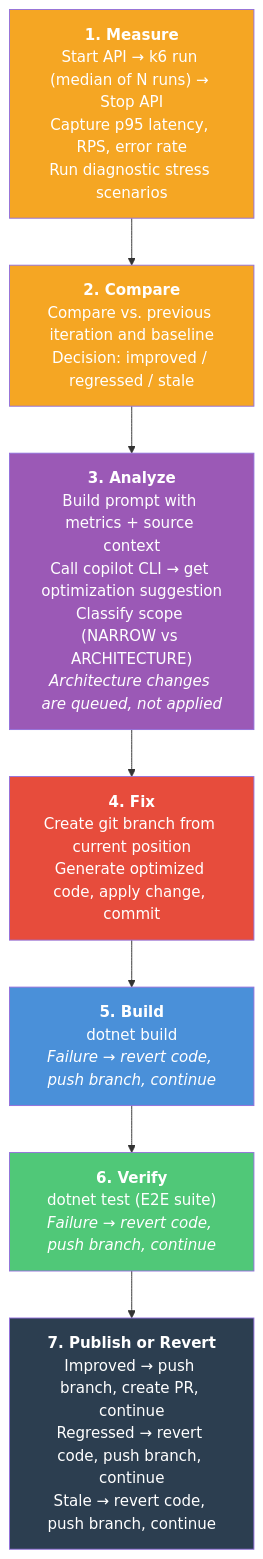
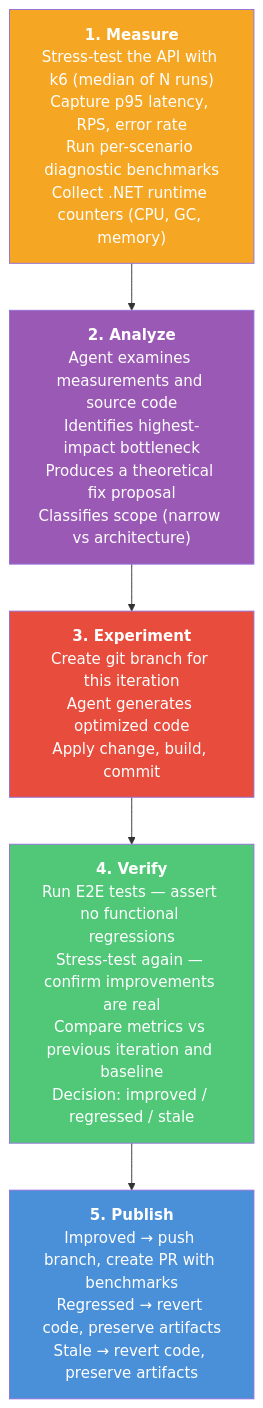
Before and after one commit to J-Bax/Hone: the first of 2 diagrams in docs/architecture.md, drawn with Mermaid. The commit also changed other lines of this file and 1 other file, not shown here.

Commit message:
docs: redesign loop as 5-phase model (MeasureAnalyzeExperimentVerifyPublish)
Cleaner conceptual model:
- Measure: stress-test with k6, capture metrics
- Analyze: agent examines measurements + source, proposes fix
- Experiment: implement the theoretical fix on a branch
- Verify: E2E tests (functional) + stress-test again (performance)
- Publish: structure artifacts, create PR or revert

````diff
--- a/docs/architecture.md
+++ b/docs/architecture.md
@@ -25,20 +25,16 @@
 ```mermaid
 flowchart TD
-    MEASURE["<b>1. Measure</b><br/>Start API → k6 run (median of N runs) → Stop API<br/>Capture p95 latency, RPS, error rate<br/>Run diagnostic stress scenarios"]
-    COMPARE["<b>2. Compare</b><br/>Compare vs. previous iteration and baseline<br/>Decision: improved / regressed / stale"]
-    ANALYZE["<b>3. Analyze</b><br/>Build prompt with metrics + source context<br/>Call copilot CLI → get optimization suggestion<br/>Classify scope (NARROW vs ARCHITECTURE)<br/><i>Architecture changes are queued, not applied</i>"]
-    FIX["<b>4. Fix</b><br/>Create git branch from current position<br/>Generate optimized code, apply change, commit"]
-    BUILD["<b>5. Build</b><br/>dotnet build<br/><i>Failure → revert code, push branch, continue</i>"]
-    VERIFY["<b>6. Verify</b><br/>dotnet test (E2E suite)<br/><i>Failure → revert code, push branch, continue</i>"]
-    PUBLISH["<b>7. Publish or Revert</b><br/>Improved → push branch, create PR, continue<br/>Regressed → revert code, push branch, continue<br/>Stale → revert code, push branch, continue"]
+    MEASURE["<b>1. Measure</b><br/>Stress-test the API with k6 (median of N runs)<br/>Capture p95 latency, RPS, error rate<br/>Run per-scenario diagnostic benchmarks<br/>Collect .NET runtime counters (CPU, GC, memory)"]
+    ANALYZE["<b>2. Analyze</b><br/>Agent examines measurements and source code<br/>Identifies highest-impact bottleneck<br/>Produces a theoretical fix proposal<br/>Classifies scope (narrow vs architecture)"]
+    EXPERIMENT["<b>3. Experiment</b><br/>Create git branch for this iteration<br/>Agent generates optimized code<br/>Apply change, build, commit"]
+    VERIFY["<b>4. Verify</b><br/>Run E2E tests — assert no functional regressions<br/>Stress-test again — confirm improvements are real<br/>Compare metrics vs previous iteration and baseline<br/>Decision: improved / regressed / stale"]
+    PUBLISH["<b>5. Publish</b><br/>Improved → push branch, create PR with benchmarks<br/>Regressed → revert code, preserve artifacts<br/>Stale → revert code, preserve artifacts"]
 
-    MEASURE --> COMPARE --> ANALYZE --> FIX --> BUILD --> VERIFY --> PUBLISH
+    MEASURE --> ANALYZE --> EXPERIMENT --> VERIFY --> PUBLISH
 
     style MEASURE fill:#f5a623,color:#fff
-    style COMPARE fill:#f5a623,color:#fff
     style ANALYZE fill:#9b59b6,color:#fff
-    style FIX fill:#e74c3c,color:#fff
-    style BUILD fill:#4a90d9,color:#fff
+    style EXPERIMENT fill:#e74c3c,color:#fff
     style VERIFY fill:#50c878,color:#fff
-    style PUBLISH fill:#2c3e50,color:#fff
+    style PUBLISH fill:#4a90d9,color:#fff
 ```
````
